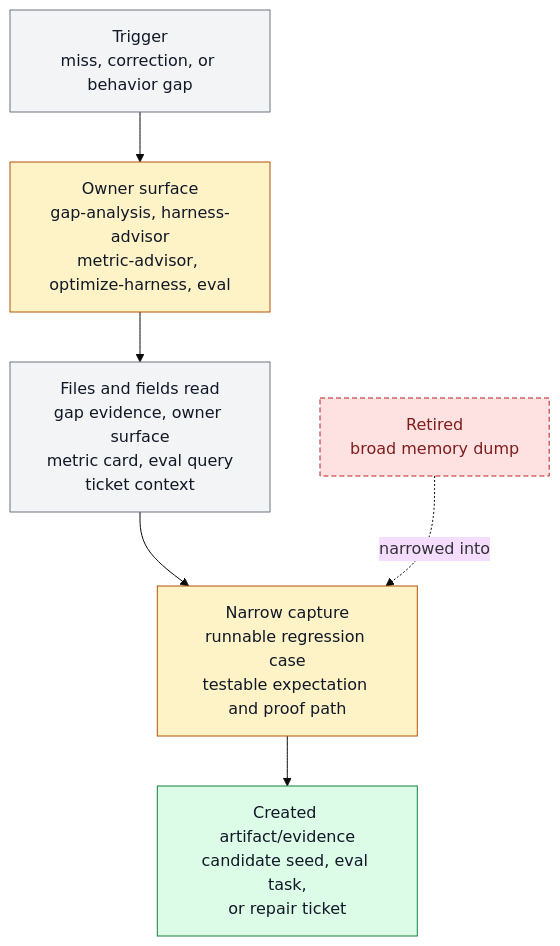
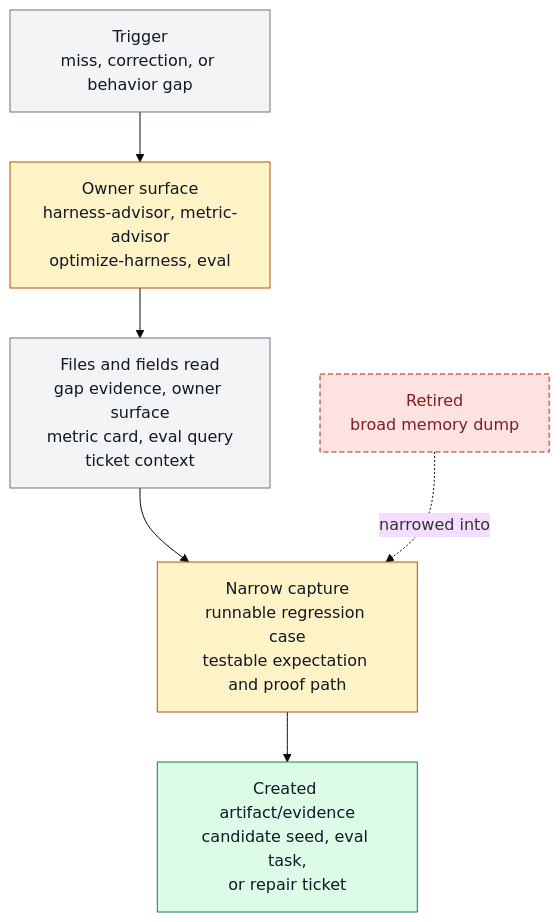
Before and after one commit to ZanarkandTechnologies/Farplane: the diagram in docs/features/FEAT-0039-behavior-correction-hardcase-metadata-and-narrow-eval-capture.md, drawn with Mermaid (base theme). The commit also changed other lines of this file and 83 other files, not shown here.

````diff
--- a/docs/features/FEAT-0039-behavior-correction-hardcase-metadata-and-narrow-eval-capture.md
+++ b/docs/features/FEAT-0039-behavior-correction-hardcase-metadata-and-narrow-eval-capture.md
@@ -126,17 +123,17 @@
 ```mermaid
 flowchart TD
   classDef keep fill:#f3f4f6,stroke:#6b7280,color:#111827
   classDef changed fill:#fef3c7,stroke:#b45309,color:#111827
   classDef added fill:#dcfce7,stroke:#15803d,color:#111827
   classDef retired fill:#fee2e2,stroke:#b91c1c,color:#7f1d1d,stroke-dasharray: 5 3
 
   trigger["Trigger<br/>miss, correction, or behavior gap"]:::keep
-  owner["Owner surface<br/>gap-analysis, harness-advisor<br/>metric-advisor, optimize-harness, eval"]:::changed
+  owner["Owner surface<br/>harness-advisor, metric-advisor<br/>optimize-harness, eval"]:::changed
   readers["Files and fields read<br/>gap evidence, owner surface<br/>metric card, eval query<br/>ticket context"]:::keep
   capture["Narrow capture<br/>runnable regression case<br/>testable expectation and proof path"]:::changed
   artifact["Created artifact/evidence<br/>candidate seed, eval task,<br/>or repair ticket"]:::added
   old["Retired<br/>broad memory dump"]:::retired
 
   trigger --> owner --> readers --> capture --> artifact
   old -. narrowed into .-> capture
 ```
````
